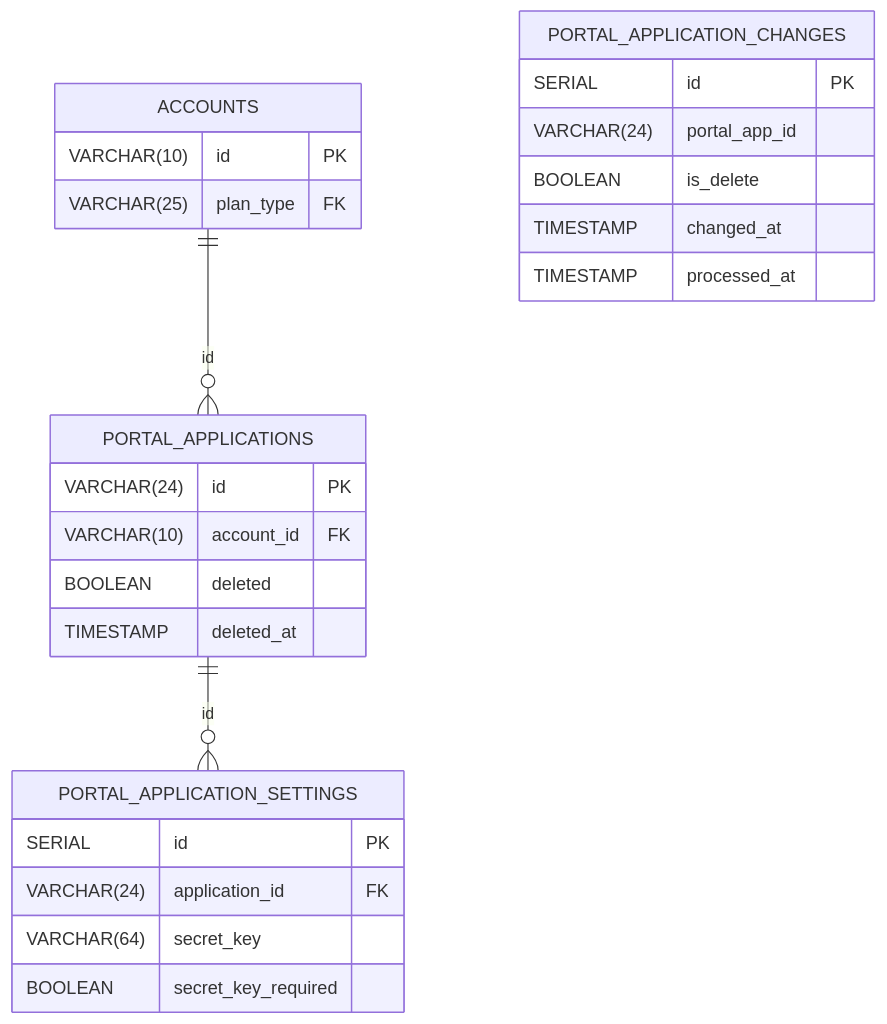
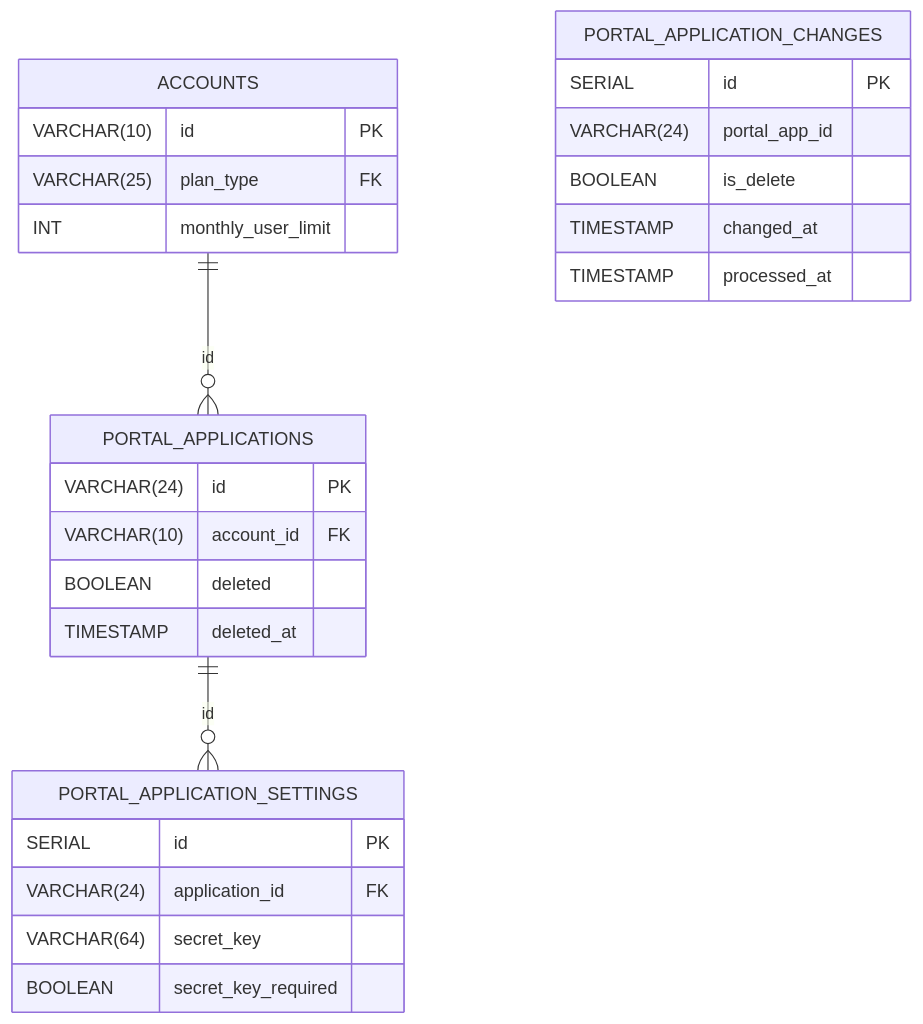
The diagram in postgres/grove/README.md (buildwithgrove/path-external-auth-server), drawn with Mermaid before and after one commit. The commit also changed 2 other files, not shown here.

Commit message:
chore: cleanup comments and docs

````diff
--- a/postgres/grove/README.md
+++ b/postgres/grove/README.md
@@ -37,32 +37,33 @@
 ```mermaid
 erDiagram
     ACCOUNTS {
         VARCHAR(10) id PK
         VARCHAR(25) plan_type FK
+        INT monthly_user_limit
     }
 
     PORTAL_APPLICATIONS {
         VARCHAR(24) id PK
         VARCHAR(10) account_id FK
         BOOLEAN deleted
         TIMESTAMP deleted_at
     }
 
     PORTAL_APPLICATION_SETTINGS {
         SERIAL id PK
         VARCHAR(24) application_id FK
         VARCHAR(64) secret_key
         BOOLEAN secret_key_required
     }
 
     PORTAL_APPLICATION_CHANGES {
         SERIAL id PK
         VARCHAR(24) portal_app_id
         BOOLEAN is_delete
         TIMESTAMP changed_at
         TIMESTAMP processed_at
     }
 
     ACCOUNTS ||--o{ PORTAL_APPLICATIONS : "id"
     PORTAL_APPLICATIONS ||--o{ PORTAL_APPLICATION_SETTINGS : "id"
 ```
````
